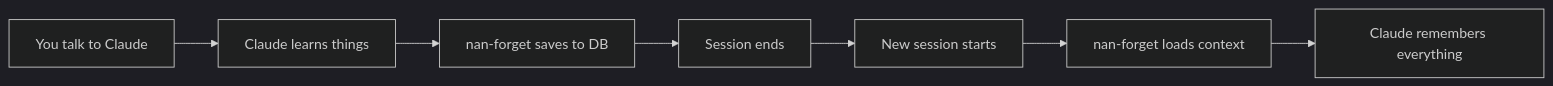
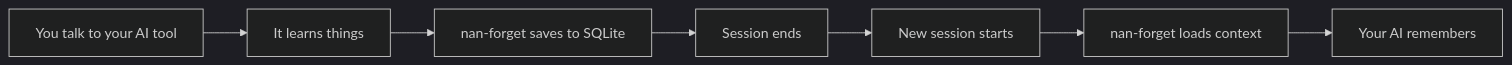
One commit to NaNMesh/nan-forget changed the first of 5 diagrams in README.md. Above: the diagram before and after it, drawn with Mermaid (dark theme). The commit also changed other lines of this file and 12 other files, not shown here.

````diff
--- a/README.md
+++ b/README.md
@@ -23,9 +23,9 @@
 ```mermaid
 flowchart LR
-    A["You talk to Claude"] --> B["Claude learns things"]
-    B --> C["nan-forget saves to DB"]
+    A["You talk to your AI tool"] --> B["It learns things"]
+    B --> C["nan-forget saves to SQLite"]
     C --> D["Session ends"]
     D --> E["New session starts"]
     E --> F["nan-forget loads context"]
-    F --> G["Claude remembers everything"]
+    F --> G["Your AI remembers"]
 ```
````
